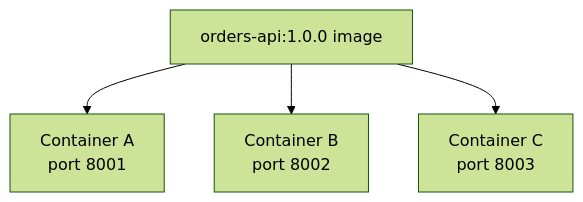
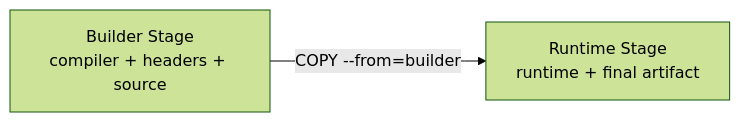
Before and after one commit to AvadhBhalodiya/Interview-Preparation: the third of 4 diagrams in src/content/devops/docker-images-builds.md, drawn with Mermaid (forest theme). The commit also changed other lines of this file and 54 other files, not shown here.

````diff
--- a/src/content/devops/docker-images-builds.md
+++ b/src/content/devops/docker-images-builds.md
@@ -152,6 +395,4 @@
 ```mermaid
-flowchart TD
-    I["orders-api:1.0.0 image"] --> A[Container A<br/>port 8001]
-    I --> B[Container B<br/>port 8002]
-    I --> C[Container C<br/>port 8003]
+flowchart LR
+    A[Builder Stage<br/>compiler + headers + source] -->|COPY --from=builder| B[Runtime Stage<br/>runtime + final artifact]
 ```
````
